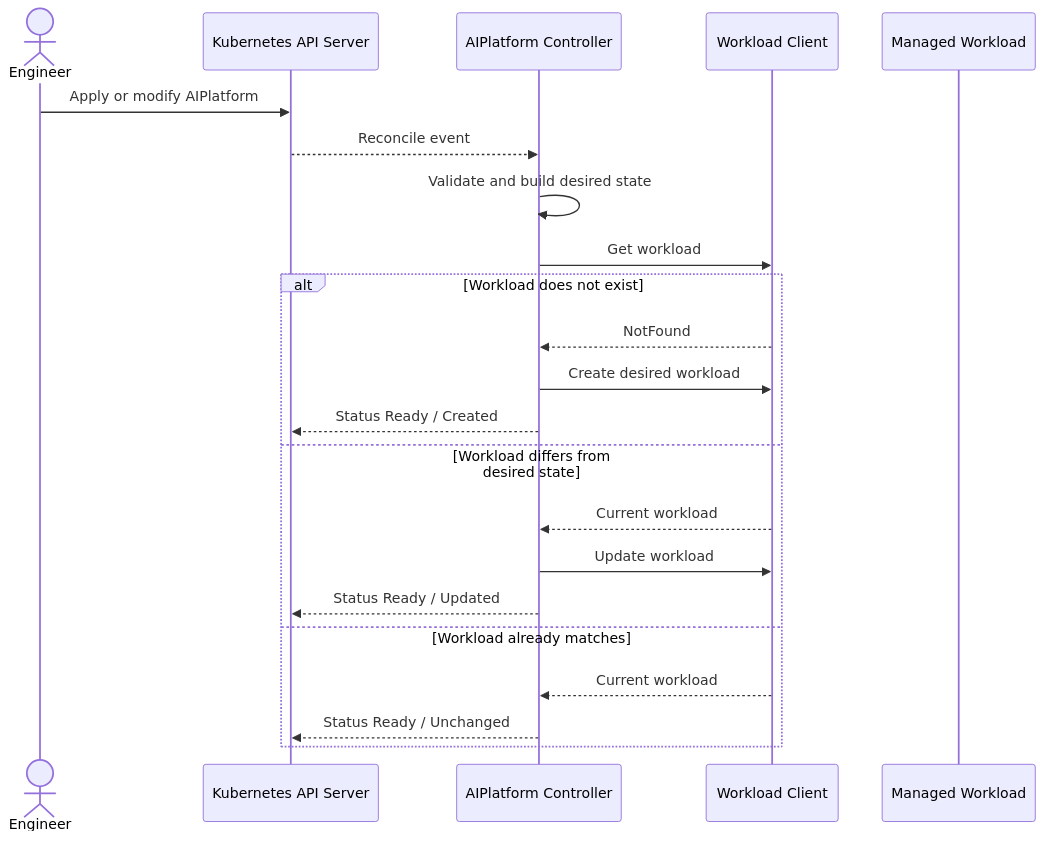
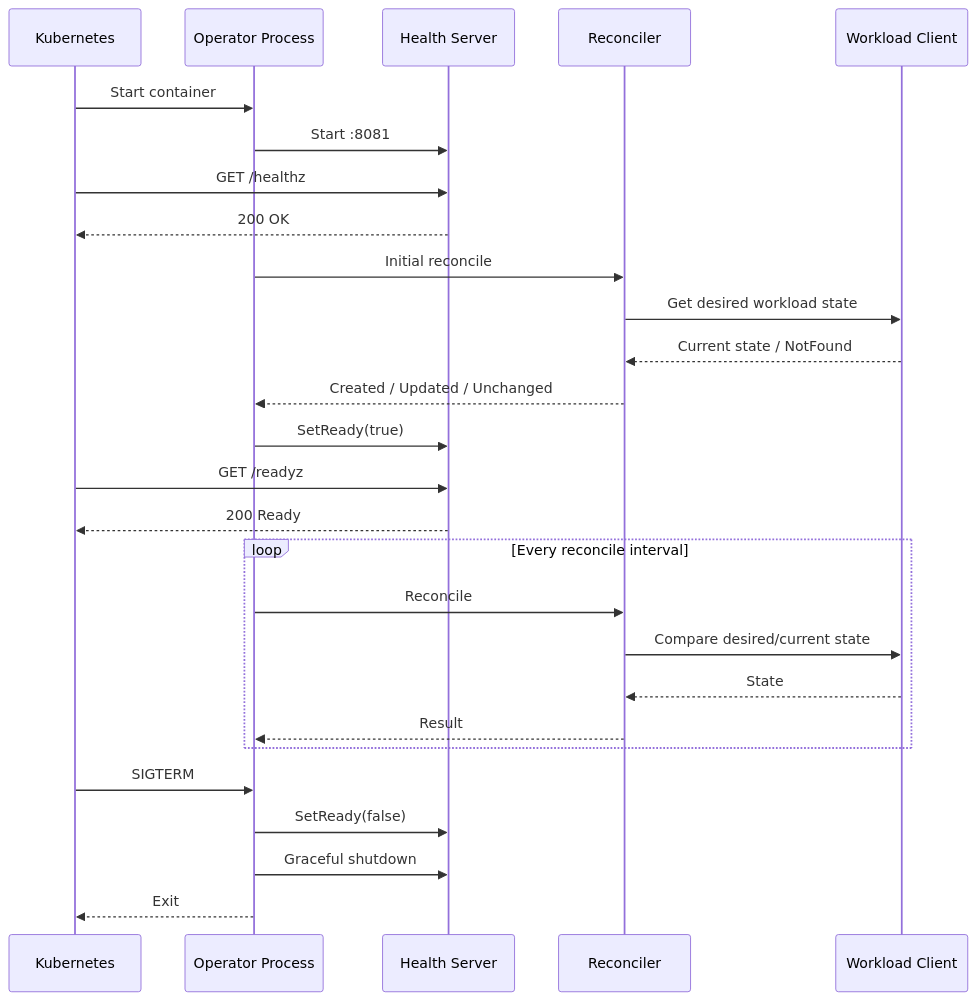
Before and after one commit to abdallauno1/platform-engineering-kubernetes-operator: the diagram in docs/sequence.md, drawn with Mermaid. The commit also changed other lines of this file and 19 other files, not shown here.

Commit message:
Day 3 - Add production-ready Kubernetes runtime and deployment

````diff
--- a/docs/sequence.md
+++ b/docs/sequence.md
@@ -3,26 +3,32 @@
 ```mermaid
 sequenceDiagram
-    actor Engineer
-    participant API as Kubernetes API Server
-    participant Controller as AIPlatform Controller
-    participant Client as Workload Client
-    participant Workload as Managed Workload
+    participant K as Kubernetes
+    participant P as Operator Process
+    participant H as Health Server
+    participant R as Reconciler
+    participant C as Workload Client
 
-    Engineer->>API: Apply or modify AIPlatform
-    API-->>Controller: Reconcile event
-    Controller->>Controller: Validate and build desired state
-    Controller->>Client: Get workload
+    K->>P: Start container
+    P->>H: Start :8081
+    K->>H: GET /healthz
+    H-->>K: 200 OK
+    P->>R: Initial reconcile
+    R->>C: Get desired workload state
+    C-->>R: Current state / NotFound
+    R-->>P: Created / Updated / Unchanged
+    P->>H: SetReady(true)
+    K->>H: GET /readyz
+    H-->>K: 200 Ready
 
-    alt Workload does not exist
-        Client-->>Controller: NotFound
-        Controller->>Client: Create desired workload
-        Controller-->>API: Status Ready / Created
-    else Workload differs from desired state
-        Client-->>Controller: Current workload
-        Controller->>Client: Update workload
-        Controller-->>API: Status Ready / Updated
-    else Workload already matches
-        Client-->>Controller: Current workload
-        Controller-->>API: Status Ready / Unchanged
+    loop Every reconcile interval
+        P->>R: Reconcile
+        R->>C: Compare desired/current state
+        C-->>R: State
+        R-->>P: Result
     end
+
+    K->>P: SIGTERM
+    P->>H: SetReady(false)
+    P->>H: Graceful shutdown
+    P-->>K: Exit
 ```
````
